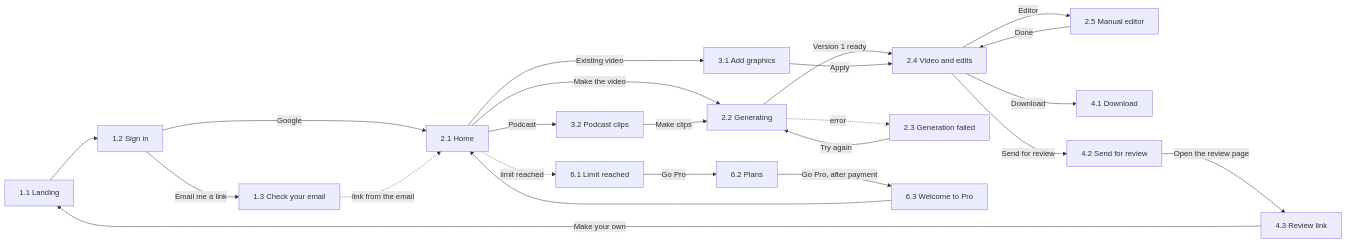
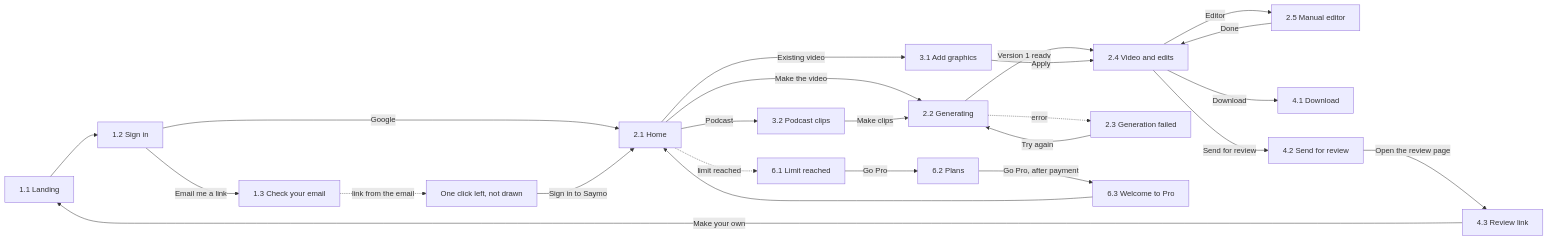
Before and after one commit to Ramil3107/saymo: the diagram in docs/design/README.md, drawn with Mermaid. The commit also changed 4 other files, not shown here.

Commit message:
docs: the link page in every flow, and what it changes in the foundation decision

````diff
--- a/docs/design/README.md
+++ b/docs/design/README.md
@@ -65,25 +65,26 @@
 ```mermaid
 flowchart LR
   L[1.1 Landing] --> S[1.2 Sign in]
   S -->|Google| H[2.1 Home]
   S -->|Email me a link| E[1.3 Check your email]
-  E -.->|link from the email| H
+  E -.->|link from the email| O[One click left, not drawn]
+  O -->|Sign in to Saymo| H
   H -->|Make the video| G[2.2 Generating]
   G -->|Version 1 ready| R[2.4 Video and edits]
   G -.->|error| F[2.3 Generation failed]
   F -->|Try again| G
   R -->|Editor| ED[2.5 Manual editor]
   ED -->|Done| R
   R -->|Download| DL[4.1 Download]
   R -->|Send for review| SH[4.2 Send for review]
   SH -->|Open the review page| RV[4.3 Review link]
   RV -->|Make your own| L
   H -->|Existing video| AG[3.1 Add graphics]
   AG -->|Apply| R
   H -->|Podcast| PC[3.2 Podcast clips]
   PC -->|Make clips| G
   H -.->|limit reached| LR[6.1 Limit reached]
   LR -->|Go Pro| P[6.2 Plans]
   P -->|Go Pro, after payment| W[6.3 Welcome to Pro]
   W --> H
 ```
````
